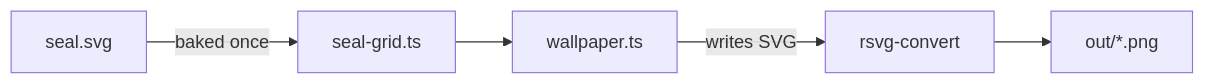
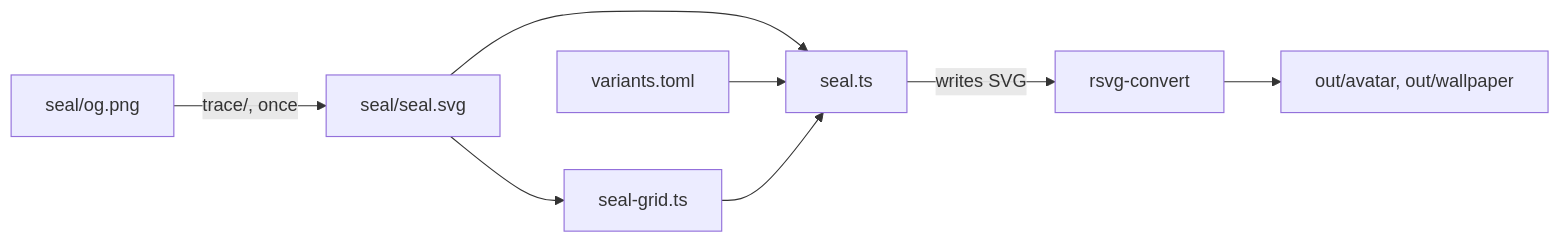
One commit to nitrimandylis/sealfetch changed the diagram in README.md. Above: the diagram before and after it, drawn with Mermaid. The commit also changed other lines of this file and 23 other files, not shown here.

Commit message:
make sealfetch the seal's source of truth: illustration, trace pipeline, avatar variants

````diff
--- a/README.md
+++ b/README.md
@@ -76,7 +89,10 @@
 ```mermaid
 flowchart LR
-    A[seal.svg] -->|baked once| B[seal-grid.ts]
-    B --> C[wallpaper.ts]
-    C -->|writes SVG| D[rsvg-convert]
-    D --> E[out/*.png]
+    A[seal/og.png] -->|trace/, once| B[seal/seal.svg]
+    B --> C[seal-grid.ts]
+    B --> D[seal.ts]
+    E[variants.toml] --> D
+    C --> D
+    D -->|writes SVG| F[rsvg-convert]
+    F --> G[out/avatar, out/wallpaper]
 ```
````
